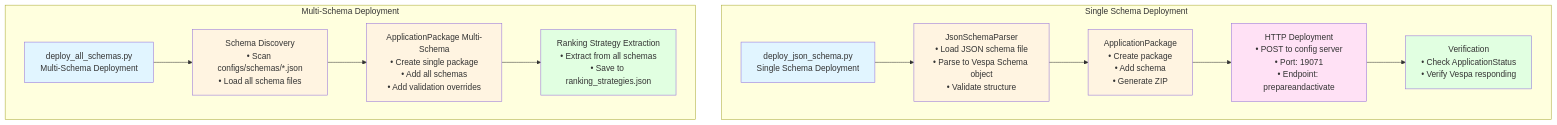
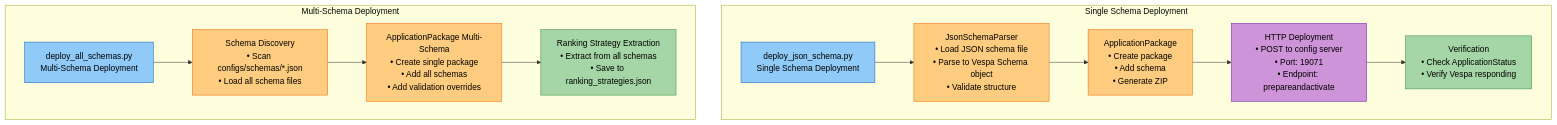
One commit to amit-jain/cogniverse changed the fourth of 4 diagrams in docs/development/scripts-operations.md. Above: the diagram before and after it, drawn with Mermaid. The commit also changed other lines of this file and 83 other files, not shown here.

First line of the commit message:
Fix documentation veracity, formatting, and diagrams across all modules

````diff
--- a/docs/development/scripts-operations.md
+++ b/docs/development/scripts-operations.md
@@ -198,36 +210,36 @@
 ```mermaid
-graph TB
-    subgraph Single["Single Schema Deployment"]
-        Single1[deploy_json_schema.py<br/>Single Schema Deployment]
-        Parser[JsonSchemaParser<br/>• Load JSON schema file<br/>• Parse to Vespa Schema object<br/>• Validate structure]
-        Package1[ApplicationPackage<br/>• Create package<br/>• Add schema<br/>• Generate ZIP]
-        Deploy1[HTTP Deployment<br/>• POST to config server<br/>• Port: 19071<br/>• Endpoint: prepareandactivate]
-        Verify[Verification<br/>• Check ApplicationStatus<br/>• Verify Vespa responding]
+flowchart TB
+    subgraph Single["<span style='color:#000'>Single Schema Deployment</span>"]
+        Single1["<span style='color:#000'>deploy_json_schema.py<br/>Single Schema Deployment</span>"]
+        Parser["<span style='color:#000'>JsonSchemaParser<br/>• Load JSON schema file<br/>• Parse to Vespa Schema object<br/>• Validate structure</span>"]
+        Package1["<span style='color:#000'>ApplicationPackage<br/>• Create package<br/>• Add schema<br/>• Generate ZIP</span>"]
+        Deploy1["<span style='color:#000'>HTTP Deployment<br/>• POST to config server<br/>• Port: 19071<br/>• Endpoint: prepareandactivate</span>"]
+        Verify["<span style='color:#000'>Verification<br/>• Check ApplicationStatus<br/>• Verify Vespa responding</span>"]
 
         Single1 --> Parser
         Parser --> Package1
         Package1 --> Deploy1
         Deploy1 --> Verify
     end
 
-    subgraph Multi["Multi-Schema Deployment"]
-        Multi1[deploy_all_schemas.py<br/>Multi-Schema Deployment]
-        Discovery[Schema Discovery<br/>• Scan configs/schemas/*.json<br/>• Load all schema files]
-        Package2[ApplicationPackage Multi-Schema<br/>• Create single package<br/>• Add all schemas<br/>• Add validation overrides]
-        Extract[Ranking Strategy Extraction<br/>• Extract from all schemas<br/>• Save to ranking_strategies.json]
+    subgraph Multi["<span style='color:#000'>Multi-Schema Deployment</span>"]
+        Multi1["<span style='color:#000'>deploy_all_schemas.py<br/>Multi-Schema Deployment</span>"]
+        Discovery["<span style='color:#000'>Schema Discovery<br/>• Scan configs/schemas/*.json<br/>• Load all schema files</span>"]
+        Package2["<span style='color:#000'>ApplicationPackage Multi-Schema<br/>• Create single package<br/>• Add all schemas<br/>• Add validation overrides</span>"]
+        Extract["<span style='color:#000'>Ranking Strategy Extraction<br/>• Extract from all schemas<br/>• Save to ranking_strategies.json</span>"]
 
         Multi1 --> Discovery
         Discovery --> Package2
         Package2 --> Extract
     end
 
-    style Single1 fill:#e1f5ff
-    style Multi1 fill:#e1f5ff
-    style Parser fill:#fff4e1
-    style Package1 fill:#fff4e1
-    style Discovery fill:#fff4e1
-    style Package2 fill:#fff4e1
-    style Deploy1 fill:#ffe1f5
-    style Verify fill:#e1ffe1
-    style Extract fill:#e1ffe1
+    style Single1 fill:#90caf9,stroke:#1565c0,color:#000
+    style Multi1 fill:#90caf9,stroke:#1565c0,color:#000
+    style Parser fill:#ffcc80,stroke:#ef6c00,color:#000
+    style Package1 fill:#ffcc80,stroke:#ef6c00,color:#000
+    style Discovery fill:#ffcc80,stroke:#ef6c00,color:#000
+    style Package2 fill:#ffcc80,stroke:#ef6c00,color:#000
+    style Deploy1 fill:#ce93d8,stroke:#7b1fa2,color:#000
+    style Verify fill:#a5d6a7,stroke:#388e3c,color:#000
+    style Extract fill:#a5d6a7,stroke:#388e3c,color:#000
 ```
````
